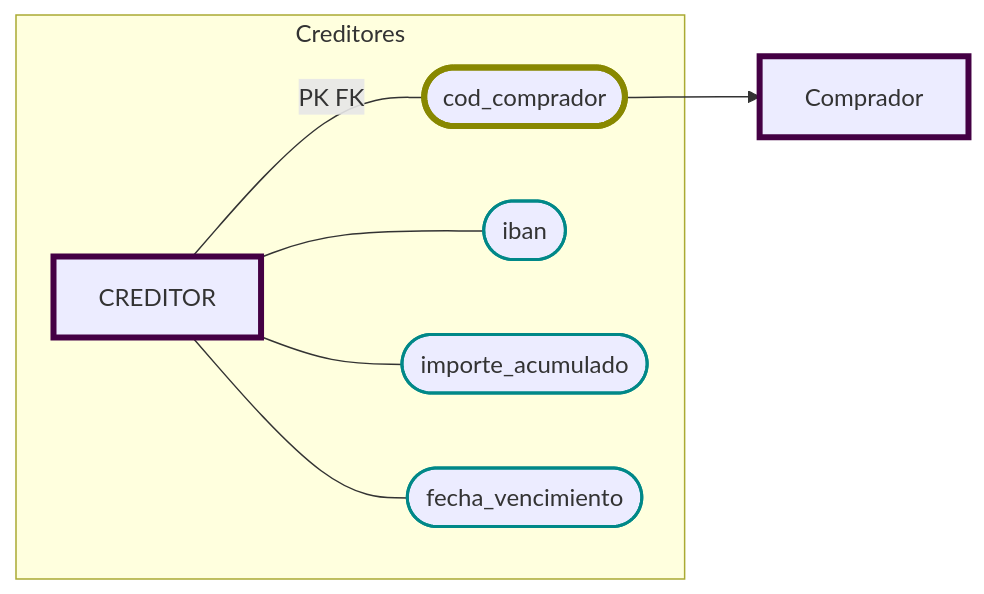
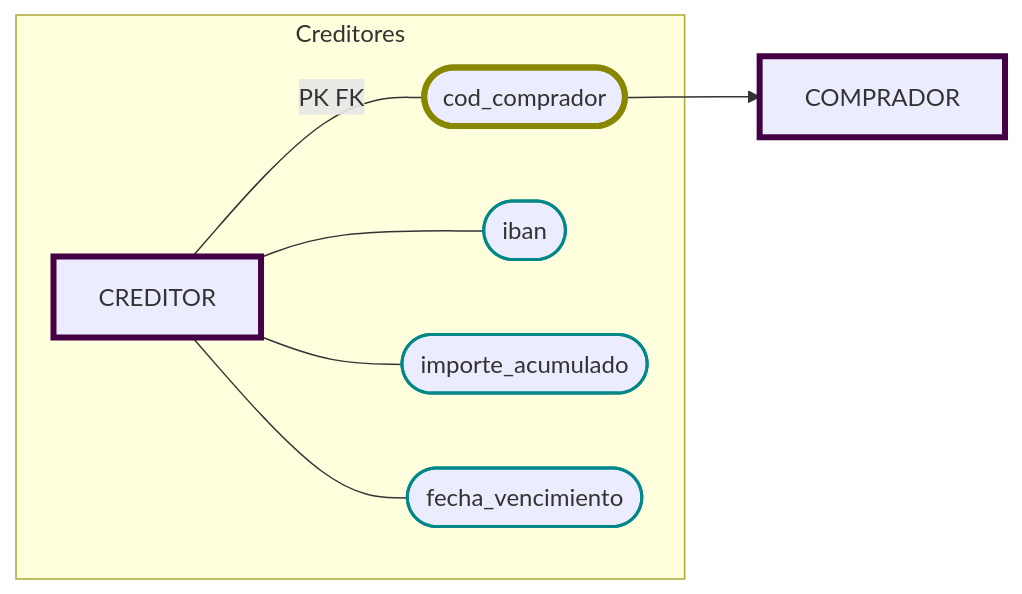
The seventh of 13 diagrams in DataBases/lonja_DB.md (JulTob/Data), drawn with Mermaid before and after one commit. The commit also changed other lines of this file, not shown here.

````diff
--- a/DataBases/lonja_DB.md
+++ b/DataBases/lonja_DB.md
@@ -340,20 +340,20 @@
 ```mermaid
 flowchart LR
   classDef atributo stroke:#088,stroke-width:2px;
   classDef derivado stroke-width:3px, stroke-dasharray:3 3;
   classDef pk stroke:#800,stroke-width:4px;
   classDef fk stroke:#080,stroke-width:4px;
   classDef entidad stroke:#404,stroke-width:4px;
   classDef pkfk stroke:#880,stroke-width:4px;
 
   %% Atributos CREDITOR
   subgraph Creditores
     Creditor[CREDITOR]:::entidad
     Creditor ---|PK FK| cod_comprador([cod_comprador]):::pkfk 
     Creditor --- iban([iban]):::atributo
     Creditor --- importe_acumulado([importe_acumulado]):::atributo
     Creditor --- fecha_vencimiento([fecha_vencimiento]):::atributo
     end
   cod_comprador--> Comprador
-  Comprador:::entidad
+  Comprador[COMPRADOR]:::entidad
 ```
````
